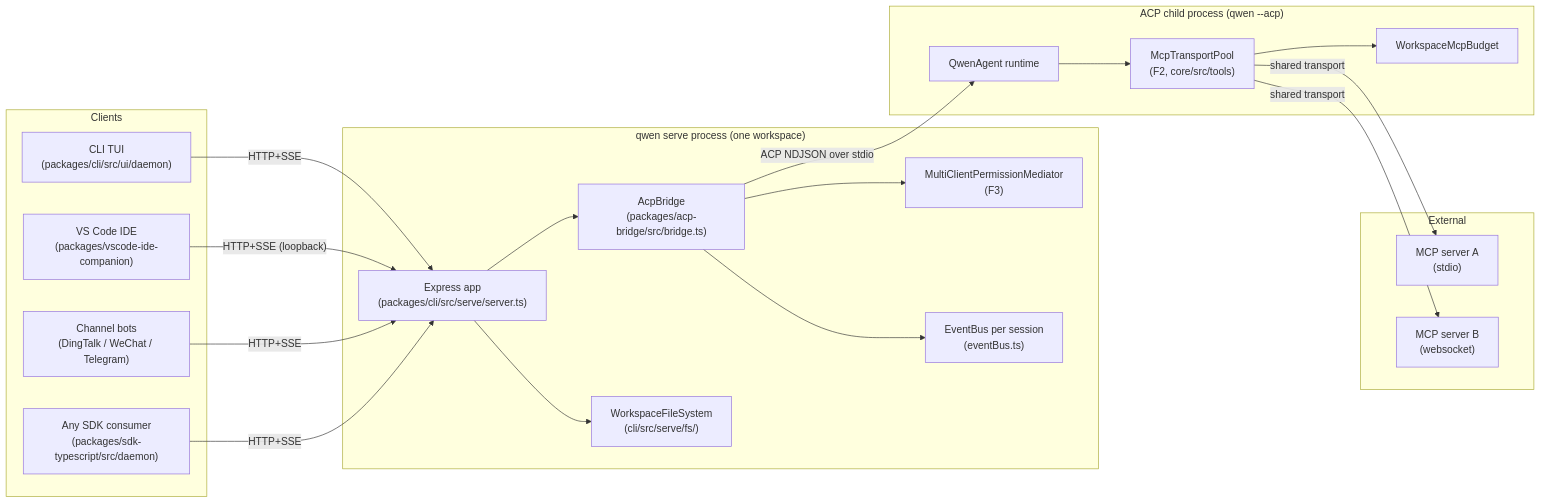
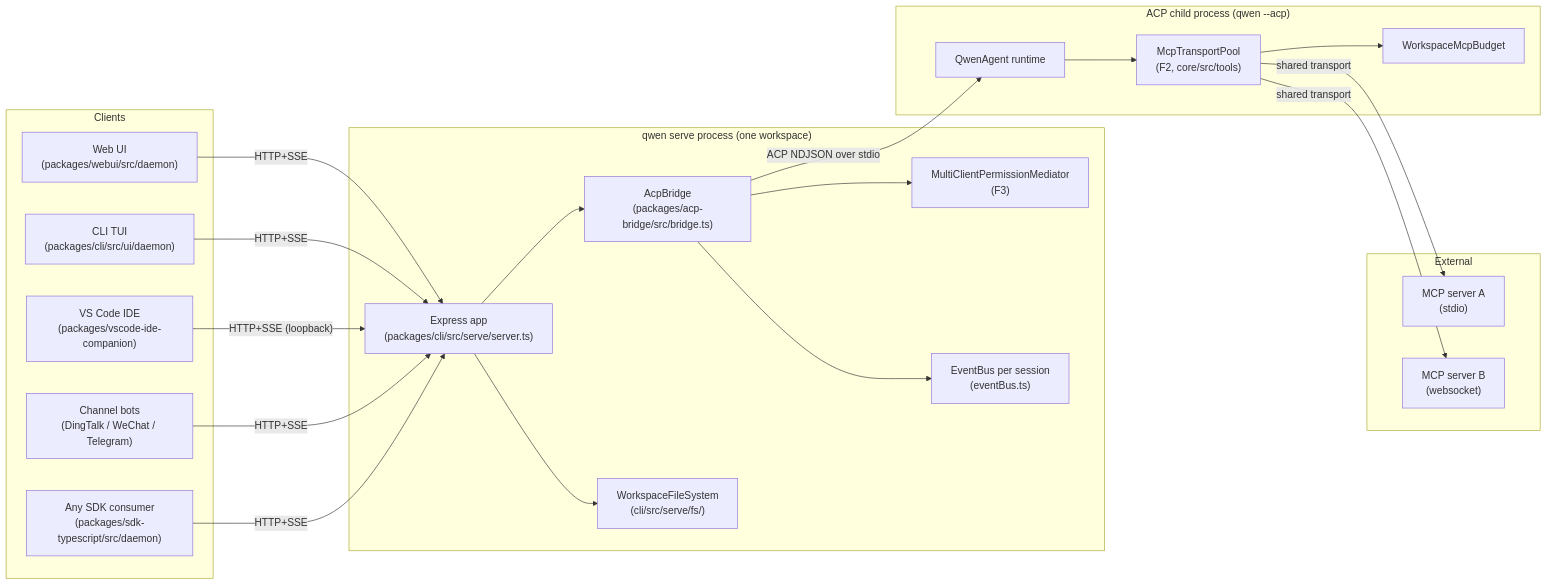
One commit to QwenLM/qwen-code changed the first of 7 diagrams in docs/developers/daemon/01-architecture.md. Above: the diagram before and after it, drawn with Mermaid. The commit also changed other lines of this file and 13 other files, not shown here.

````diff
--- a/docs/developers/daemon/01-architecture.md
+++ b/docs/developers/daemon/01-architecture.md
@@ -13,44 +13,46 @@
 ```mermaid
 flowchart LR
     subgraph clients["Clients"]
+        WUI["Web UI<br/>(packages/webui/src/daemon)"]
         TUI["CLI TUI<br/>(packages/cli/src/ui/daemon)"]
         IDE["VS Code IDE<br/>(packages/vscode-ide-companion)"]
         CH["Channel bots<br/>(DingTalk / WeChat / Telegram)"]
         SDK["Any SDK consumer<br/>(packages/sdk-typescript/src/daemon)"]
     end
 
     subgraph daemon["qwen serve process (one workspace)"]
         EXP["Express app<br/>(packages/cli/src/serve/server.ts)"]
         BR["AcpBridge<br/>(packages/acp-bridge/src/bridge.ts)"]
         MED["MultiClientPermissionMediator<br/>(F3)"]
         EB["EventBus per session<br/>(eventBus.ts)"]
         FS["WorkspaceFileSystem<br/>(cli/src/serve/fs/)"]
     end
 
     subgraph child["ACP child process (qwen --acp)"]
         AGT["QwenAgent runtime"]
         POOL["McpTransportPool<br/>(F2, core/src/tools)"]
         BDG["WorkspaceMcpBudget"]
     end
 
     subgraph external["External"]
         MCP1["MCP server A<br/>(stdio)"]
         MCP2["MCP server B<br/>(websocket)"]
     end
 
+    WUI -- "HTTP+SSE" --> EXP
     TUI -- "HTTP+SSE" --> EXP
     IDE -- "HTTP+SSE (loopback)" --> EXP
     CH -- "HTTP+SSE" --> EXP
     SDK -- "HTTP+SSE" --> EXP
 
     EXP --> BR
     BR --> MED
     BR --> EB
     EXP --> FS
 
     BR -- "ACP NDJSON over stdio" --> AGT
     AGT --> POOL
     POOL --> BDG
     POOL -- "shared transport" --> MCP1
     POOL -- "shared transport" --> MCP2
 ```
````
